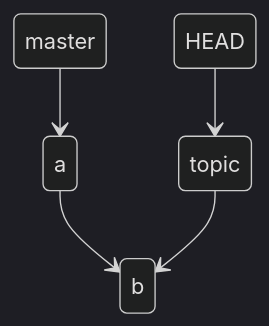
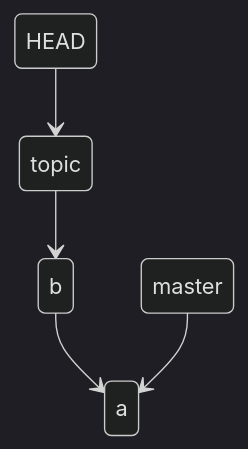
The first of 2 diagrams in Docs/Ops/Git/cli/git branch.md (dhay3/archiVe), drawn with Mermaid (dark theme) before and after one commit. The commit also changed other lines of this file and 9 other files, not shown here.

````diff
--- a/Docs/Ops/Git/cli/git branch.md
+++ b/Docs/Ops/Git/cli/git branch.md
@@ -203,7 +221,7 @@
 ```mermaid
 stateDiagram-v2
-	a --> b
+	b --> a
 	master --> a
 	topic --> b
 	HEAD --> topic
 ```
````
